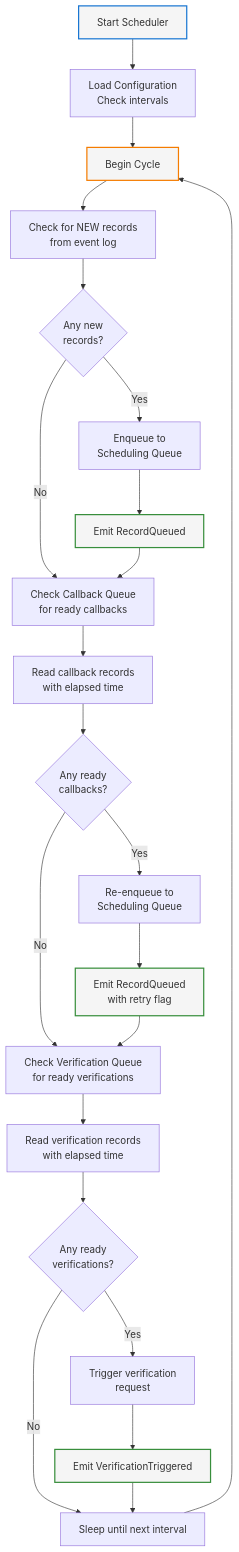
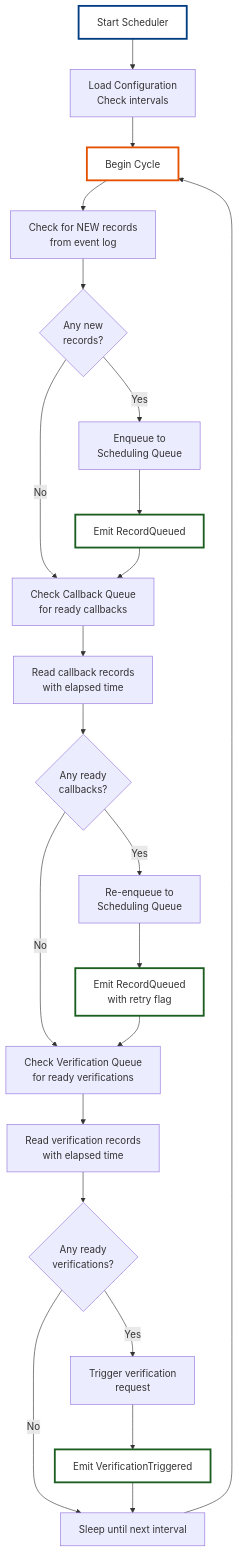
One commit to Org-for-Folio-AI/FolioAISpecs changed the diagram in design/components/01-Scheduler.md. Above: the diagram before and after it, drawn with Mermaid. The commit also changed 11 other files, not shown here.

First line of the commit message:
Improve mermaid diagrams: increase font size, darker colors, thicker strokes

````diff
--- a/design/components/01-Scheduler.md
+++ b/design/components/01-Scheduler.md
@@ -50,36 +50,37 @@
 ```mermaid
+%%{init: {'fontSize': 18, 'fontFamily': 'arial'}}%%
 flowchart TD
     Start["Start Scheduler"] --> Config["Load Configuration<br/>Check intervals"]
     Config --> Loop["Begin Cycle"]
 
     Loop --> ReadNew["Check for NEW records<br/>from event log"]
     ReadNew --> HasNew{Any new<br/>records?}
     HasNew -->|Yes| Queue["Enqueue to<br/>Scheduling Queue"]
     HasNew -->|No| CheckCallback
 
     Queue --> Emit1["Emit RecordQueued"]
     Emit1 --> CheckCallback["Check Callback Queue<br/>for ready callbacks"]
 
     CheckCallback --> ReadCallback["Read callback records<br/>with elapsed time"]
     ReadCallback --> HasCallback{Any ready<br/>callbacks?}
     HasCallback -->|Yes| RequeueCB["Re-enqueue to<br/>Scheduling Queue"]
     HasCallback -->|No| CheckVerify
 
     RequeueCB --> Emit2["Emit RecordQueued<br/>with retry flag"]
     Emit2 --> CheckVerify["Check Verification Queue<br/>for ready verifications"]
 
     CheckVerify --> ReadVerify["Read verification records<br/>with elapsed time"]
     ReadVerify --> HasVerify{Any ready<br/>verifications?}
     HasVerify -->|Yes| TriggerVerify["Trigger verification<br/>request"]
     HasVerify -->|No| Sleep
 
     TriggerVerify --> Emit3["Emit VerificationTriggered"]
     Emit3 --> Sleep["Sleep until next interval"]
     Sleep --> Loop
 
-    style Start stroke:#1976d2,fill:#f5f5f5,stroke-width:2px
-    style Loop stroke:#f57c00,fill:#f5f5f5,stroke-width:2px
-    style Emit1 stroke:#388e3c,fill:#f5f5f5,stroke-width:2px
-    style Emit2 stroke:#388e3c,fill:#f5f5f5,stroke-width:2px
-    style Emit3 stroke:#388e3c,fill:#f5f5f5,stroke-width:2px
+    style Start stroke:#003d82,fill:#ffffff,stroke-width:3px,font-size:16px
+    style Loop stroke:#e65100,fill:#ffffff,stroke-width:3px,font-size:16px
+    style Emit1 stroke:#1b5e20,fill:#ffffff,stroke-width:3px,font-size:16px
+    style Emit2 stroke:#1b5e20,fill:#ffffff,stroke-width:3px,font-size:16px
+    style Emit3 stroke:#1b5e20,fill:#ffffff,stroke-width:3px,font-size:16px
 ```
````
